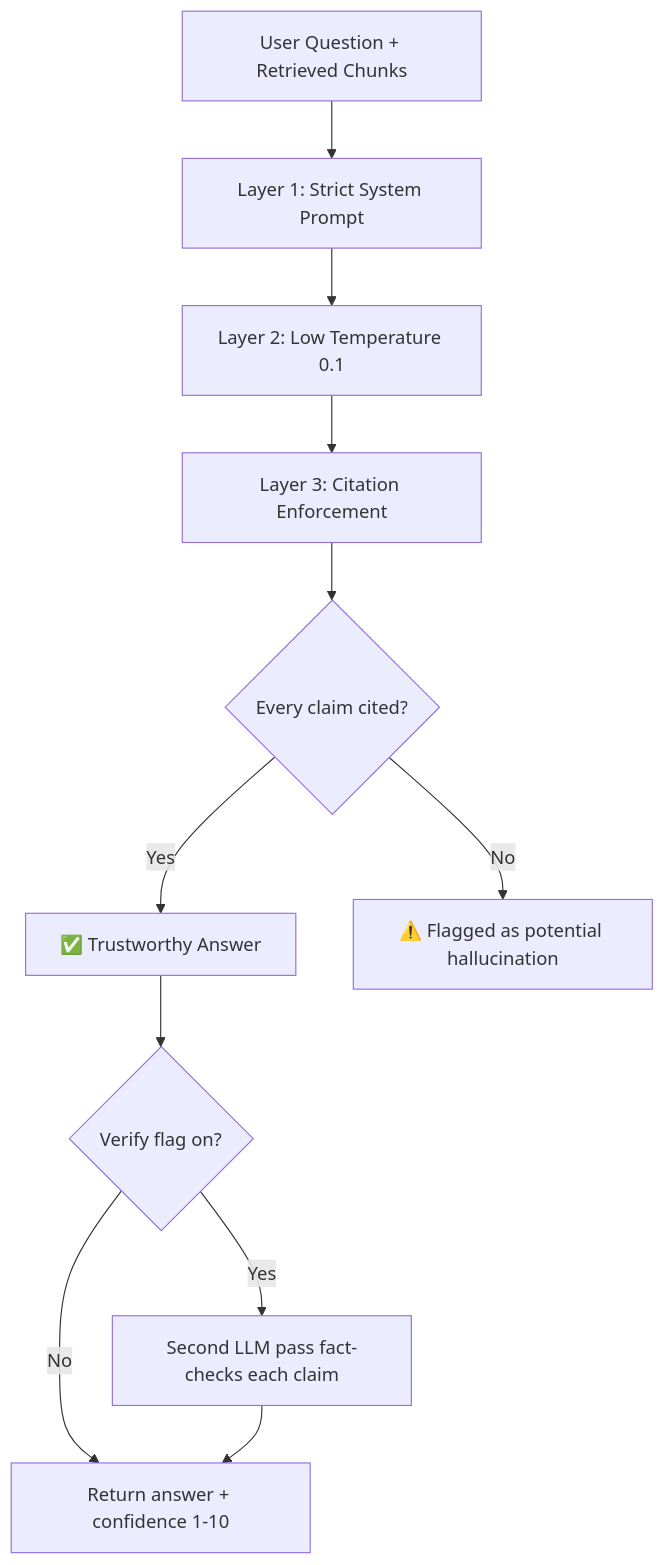
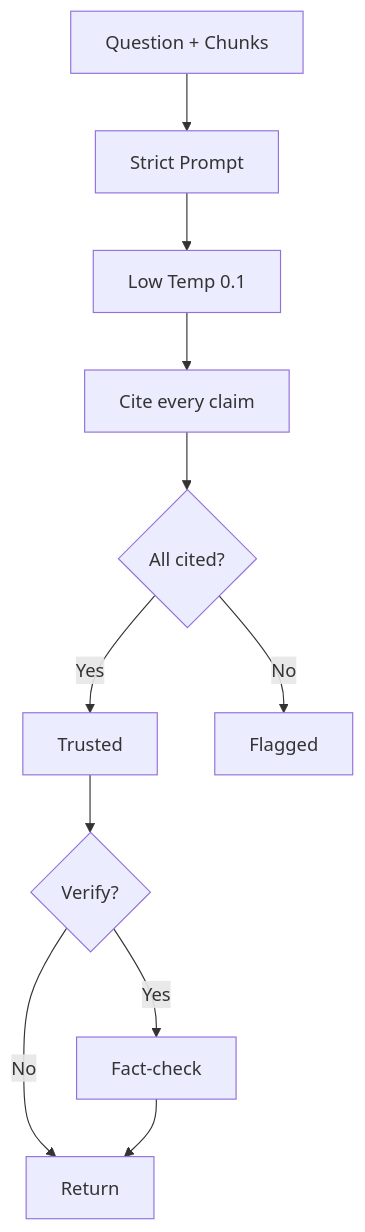
Before and after one commit to prthmmkhija1/RAGsystem: the fourth of 4 diagrams in README.md, drawn with Mermaid. The commit also changed other lines of this file and 1 other file, not shown here.

Commit message:
Improve README diagrams (compact flowcharts), remove .gitignore from repo

````diff
--- a/README.md
+++ b/README.md
@@ -192,13 +181,13 @@
 ```mermaid
 flowchart TD
-    A[User Question + Retrieved Chunks] --> B[Layer 1: Strict System Prompt]
-    B --> C[Layer 2: Low Temperature 0.1]
-    C --> D[Layer 3: Citation Enforcement]
-    D --> E{Every claim cited?}
-    E -->|Yes| F[✅ Trustworthy Answer]
-    E -->|No| G[⚠️ Flagged as potential hallucination]
-    F --> H{Verify flag on?}
-    H -->|Yes| I[Second LLM pass fact-checks each claim]
-    H -->|No| J[Return answer + confidence 1-10]
+    A[Question + Chunks] --> B[Strict Prompt]
+    B --> C[Low Temp 0.1]
+    C --> D[Cite every claim]
+    D --> E{All cited?}
+    E -->|Yes| F[Trusted]
+    E -->|No| G[Flagged]
+    F --> H{Verify?}
+    H -->|Yes| I[Fact-check]
+    H -->|No| J[Return]
     I --> J
 ```
````
